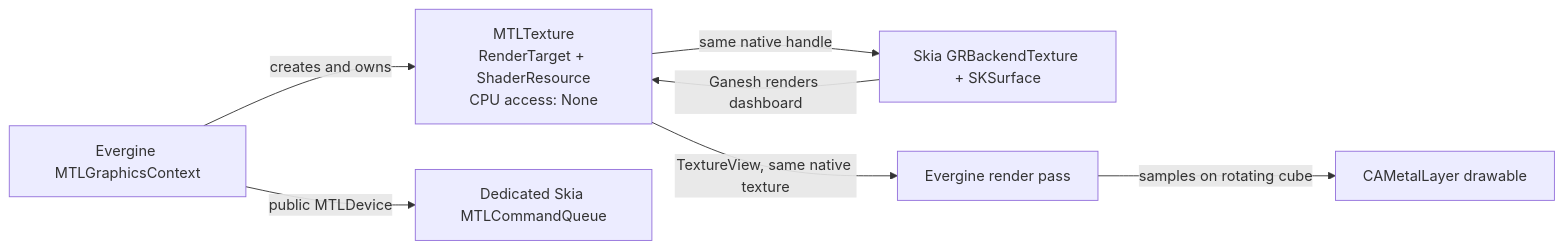
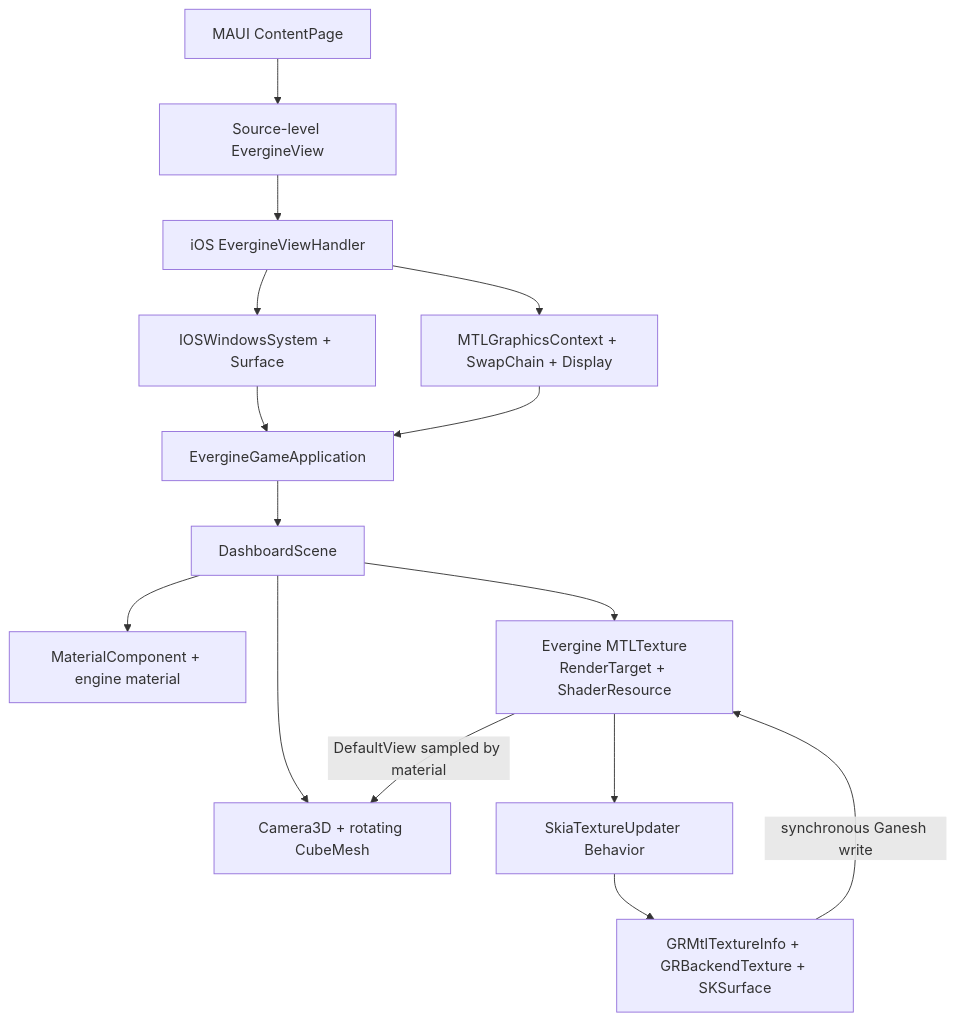
The diagram in samples/EvergineMauiMetal/README.md (mattleibow/SkiaSharpGraphicsInteropSamples), drawn with Mermaid before and after one commit. The commit also changed other lines of this file and 29 other files, not shown here.

````diff
--- a/samples/EvergineMauiMetal/README.md
+++ b/samples/EvergineMauiMetal/README.md
@@ -22,9 +15,17 @@
 ```mermaid
-flowchart LR
-    E[Evergine MTLGraphicsContext] -->|creates and owns| T[MTLTexture<br/>RenderTarget + ShaderResource<br/>CPU access: None]
-    E -->|public MTLDevice| Q[Dedicated Skia MTLCommandQueue]
-    T -->|same native handle| S[Skia GRBackendTexture + SKSurface]
-    S -->|Ganesh renders dashboard| T
-    T -->|TextureView, same native texture| R[Evergine render pass]
-    R -->|samples on rotating cube| D[CAMetalLayer drawable]
+flowchart TD
+    P[MAUI ContentPage] --> V[Source-level EvergineView]
+    V --> H[iOS EvergineViewHandler]
+    H --> W[IOSWindowsSystem + Surface]
+    H --> G[MTLGraphicsContext + SwapChain + Display]
+    W --> A[EvergineGameApplication]
+    G --> A
+    A --> S[DashboardScene]
+    S --> C[Camera3D + rotating CubeMesh]
+    S --> M[MaterialComponent + engine material]
+    S --> T[Evergine MTLTexture<br/>RenderTarget + ShaderResource]
+    T --> U[SkiaTextureUpdater Behavior]
+    U --> K[GRMtlTextureInfo + GRBackendTexture + SKSurface]
+    K -->|synchronous Ganesh write| T
+    T -->|DefaultView sampled by material| C
 ```
````
